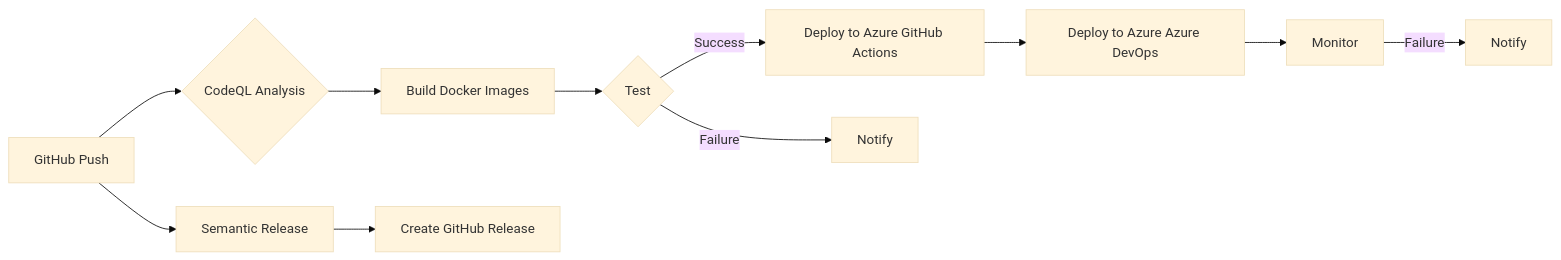
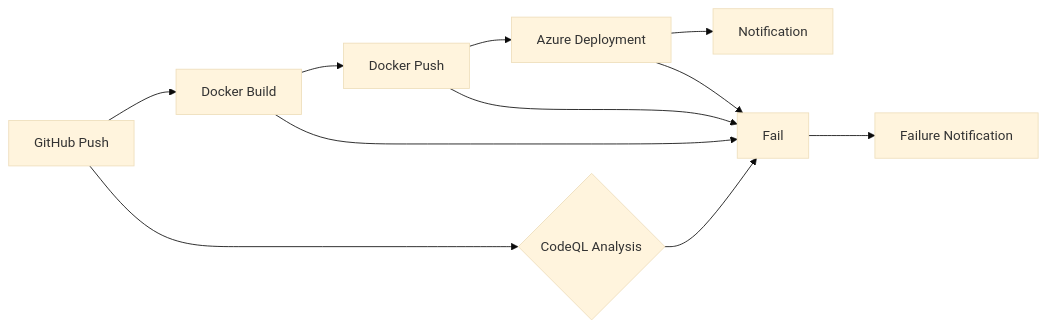
The diagram in docs/cicd/pipeline.md (deepakgarg1986/MultiAgent), drawn with Mermaid (base theme) before and after one commit. The commit also changed other lines of this file and 4 other files, not shown here.

````diff
--- a/docs/cicd/pipeline.md
+++ b/docs/cicd/pipeline.md
@@ -72,13 +63,13 @@
 ```mermaid
 graph LR
     A[GitHub Push] --> B{CodeQL Analysis};
-    B --> C[Build Docker Images];
-    C --> D{Test};
-    D -- Success --> E[Deploy to Azure GitHub Actions];
-    D -- Failure --> F[Notify];
-    E --> G[Deploy to Azure Azure DevOps];
-    G --> H[Monitor];
-    H -- Failure --> I[Notify];
-    A --> J[Semantic Release];
-    J --> K[Create GitHub Release];
+    A --> C[Docker Build];
+    C --> D[Docker Push];
+    D --> E[Azure Deployment];
+    E --> F[Notification];
+    B --> G[Fail];
+    C --> G;
+    D --> G;
+    E --> G;
+    G --> H[Failure Notification];
 ```
````
